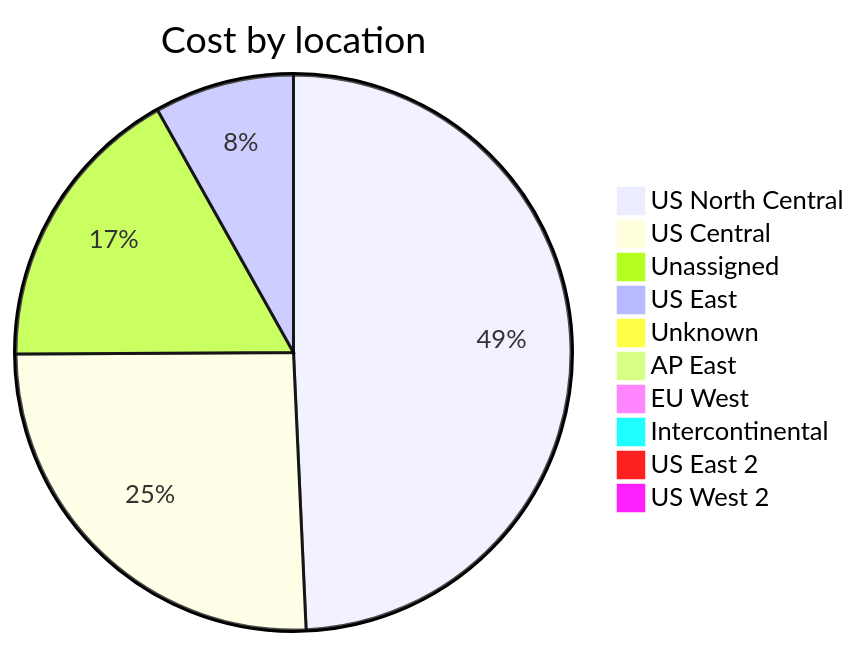
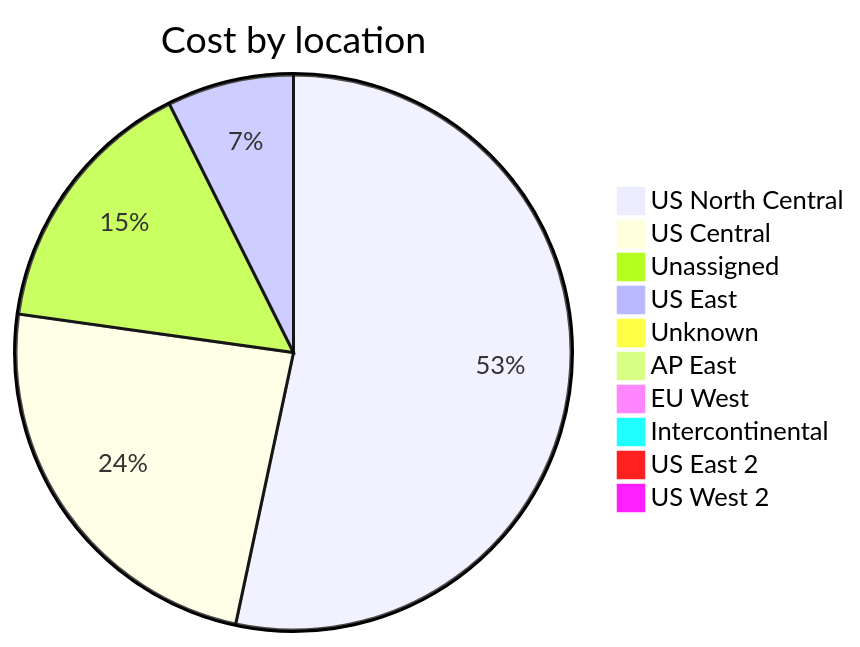
The third of 4 diagrams in cost-reports/accumulated-cost.md (jpfulton/azure-personal-reports), drawn with Mermaid before and after one commit. The commit also changed other lines of this file and 2 other files, not shown here.

````diff
--- a/cost-reports/accumulated-cost.md
+++ b/cost-reports/accumulated-cost.md
@@ -132,14 +132,14 @@
 ```mermaid
 pie
    title Cost by location
-   "US North Central" : 32.96
-   "US Central" : 17.15
-   "Unassigned" : 11.34
-   "US East" : 5.44
-   "Unknown" : 0.53
+   "US North Central" : 39.86
+   "US Central" : 17.84
+   "Unassigned" : 11.52
+   "US East" : 5.51
+   "Unknown" : 0.58
    "AP East" : 0.00
    "EU West" : 0.00
    "Intercontinental" : 0.00
    "US East 2" : 0.00
    "US West 2" : 0.00
 ```
````
